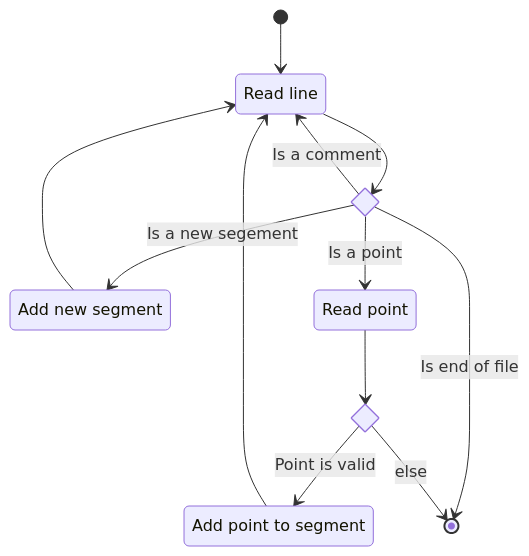
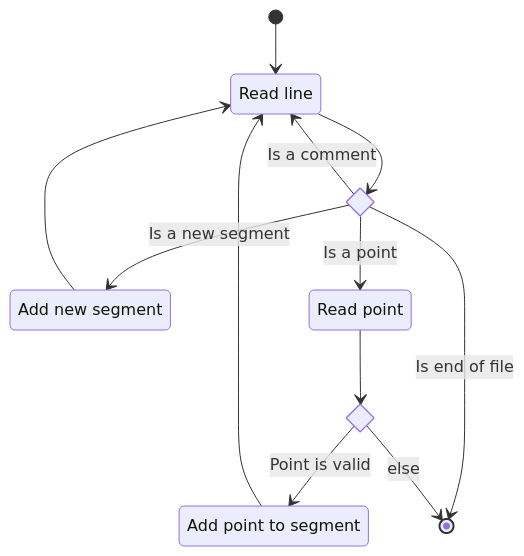
Before and after one commit to Uiowa-Applied-Topology/tanglenomicon_core_libraries: the second of 4 diagrams in source/note-plpath/unit-description.md, drawn with Mermaid. The commit also changed other lines of this file and 3 other files, not shown here.

````diff
--- a/source/note-plpath/unit-description.md
+++ b/source/note-plpath/unit-description.md
@@ -128,22 +127,22 @@
 ```mermaid
 stateDiagram-v2
     state "Read line" as rl
     state "Add new segment" as ans
     state "Read point" as rp
     state "Add point to segment" as a2s
     state is_good_pt <<choice>>
     state is_eof <<choice>>
 
     [*] --> rl
     rl --> is_eof
     is_eof --> rl: Is a comment
     is_eof --> rp: Is a point
-    is_eof --> ans: Is a new segement
+    is_eof --> ans: Is a new segment
     ans --> rl
     rp --> is_good_pt
     is_good_pt --> a2s: Point is valid
     a2s --> rl
     is_eof --> [*]: Is end of file
     is_good_pt --> [*]: else
 
 ```
````
